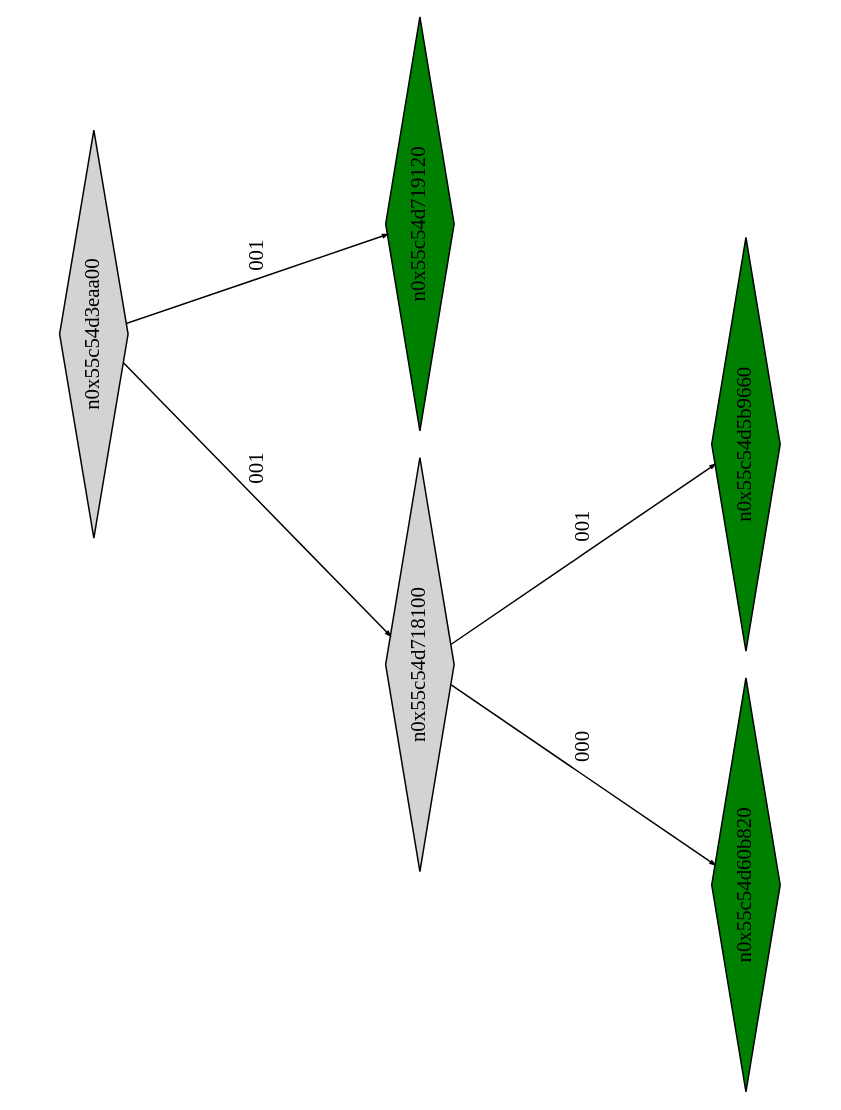
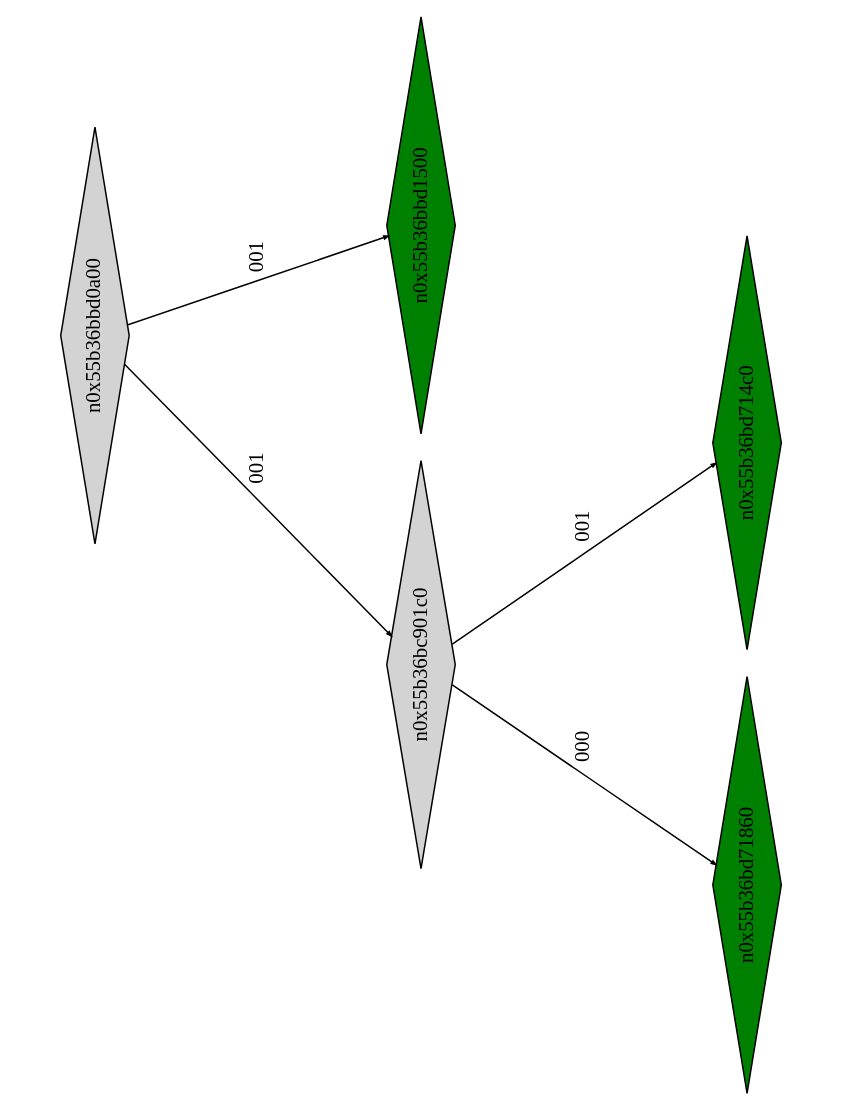
Before and after one commit to Research-Tools-PAVT/PSE-Program-Examples: the diagram in example1_klee_out/ptree_00000228.dot, drawn with Graphviz. The commit also changed 1681 other files, not shown here.

```diff
--- a/example1_klee_out/ptree_00000228.dot
+++ b/example1_klee_out/ptree_00000228.dot
@@ -1,17 +1,17 @@
 digraph G {
 	size="10,7.5";
 	ratio=fill;
 	rotate=90;
 	center = "true";
 	node [style="filled",width=.1,height=.1,fontname="Terminus"]
 	edge [arrowsize=.3]
-	n0x55c54d3eaa00 [shape=diamond];
-	n0x55c54d3eaa00 -> n0x55c54d718100 [label=001];
-	n0x55c54d3eaa00 -> n0x55c54d719120 [label=001];
-	n0x55c54d719120 [shape=diamond,fillcolor=green];
-	n0x55c54d718100 [shape=diamond];
-	n0x55c54d718100 -> n0x55c54d60b820 [label=000];
-	n0x55c54d718100 -> n0x55c54d5b9660 [label=001];
-	n0x55c54d5b9660 [shape=diamond,fillcolor=green];
-	n0x55c54d60b820 [shape=diamond,fillcolor=green];
+	n0x55b36bbd0a00 [shape=diamond];
+	n0x55b36bbd0a00 -> n0x55b36bc901c0 [label=001];
+	n0x55b36bbd0a00 -> n0x55b36bbd1500 [label=001];
+	n0x55b36bbd1500 [shape=diamond,fillcolor=green];
+	n0x55b36bc901c0 [shape=diamond];
+	n0x55b36bc901c0 -> n0x55b36bd71860 [label=000];
+	n0x55b36bc901c0 -> n0x55b36bd714c0 [label=001];
+	n0x55b36bd714c0 [shape=diamond,fillcolor=green];
+	n0x55b36bd71860 [shape=diamond,fillcolor=green];
 }
```
